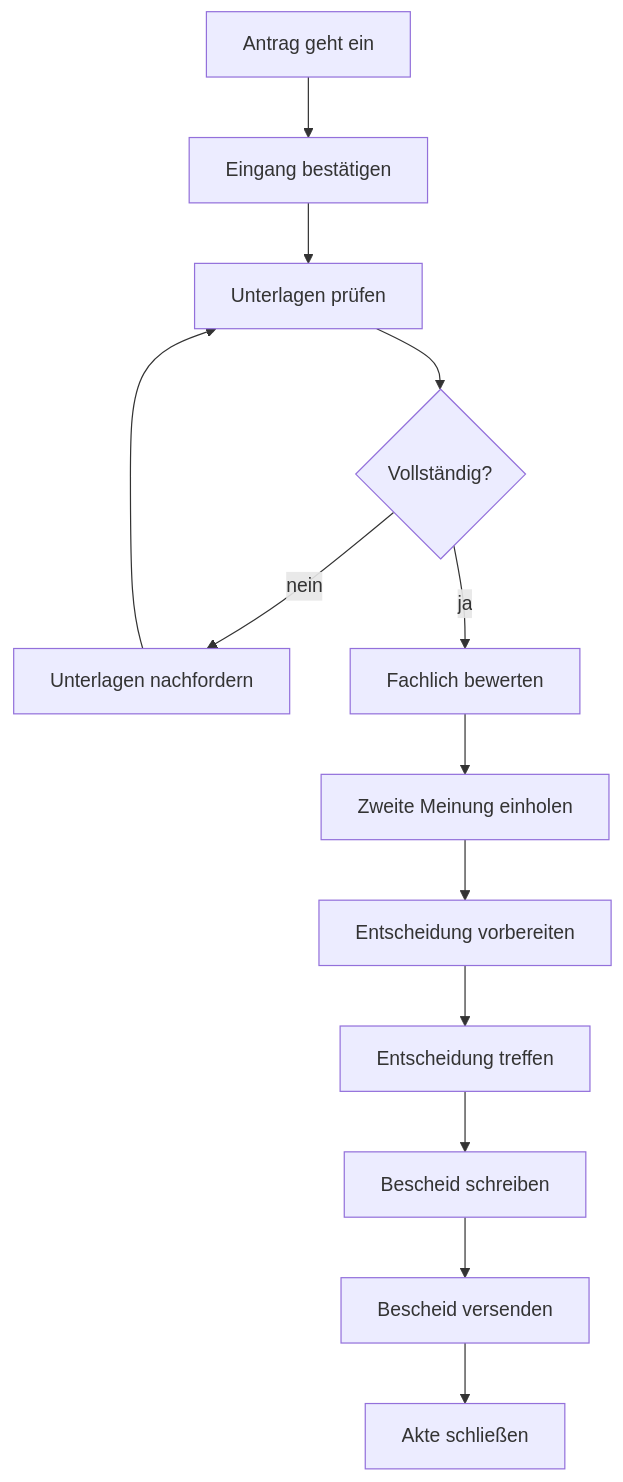
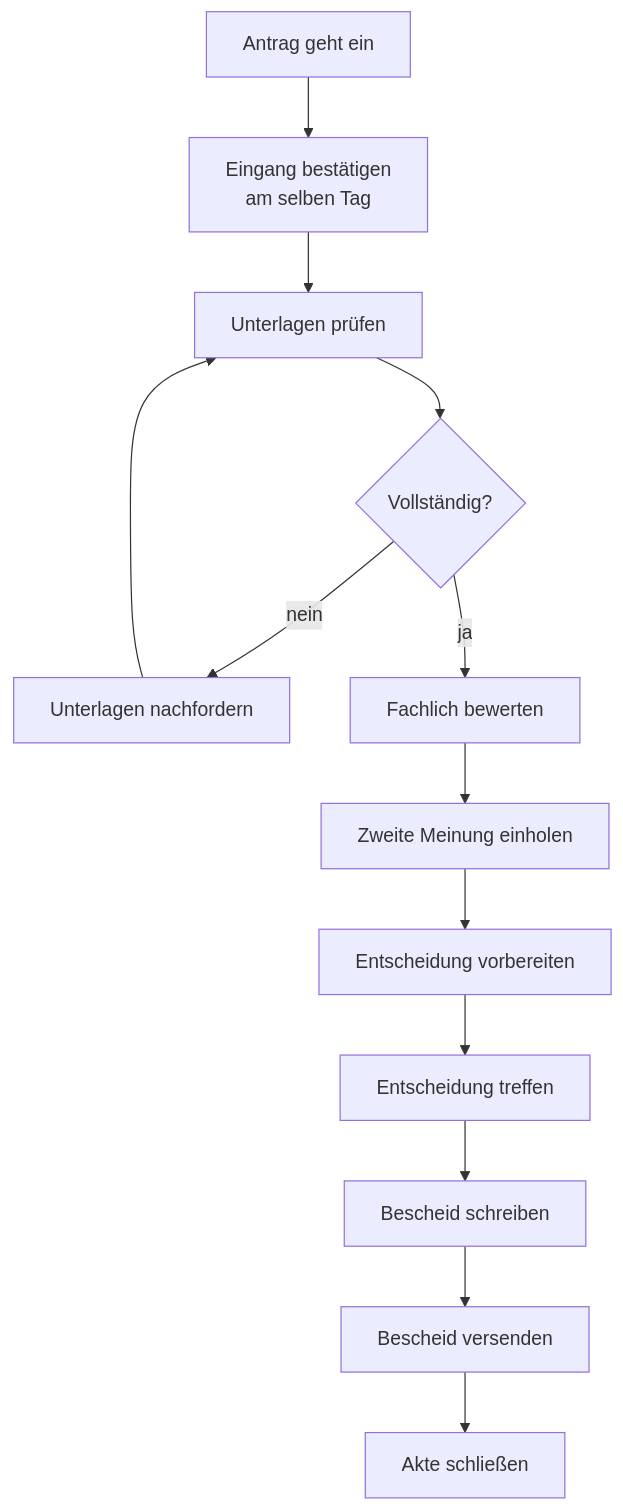
Before and after one commit to bschoetz/dokufix: the third of 5 diagrams in src/demo.md, drawn with Mermaid. The commit also changed other lines of this file and 6 other files, not shown here.

First line of the commit message:
List every drawn BPMN and Mermaid diagram as one place of the search, from the labels its SVG shows

````diff
--- a/src/demo.md
+++ b/src/demo.md
@@ -488,15 +488,15 @@
 ```mermaid
 flowchart TD
-    A[Antrag geht ein] --> B[Eingang bestätigen]
+    A[Antrag geht ein] --> B[Eingang bestätigen<br>am selben Tag]
     B --> C[Unterlagen prüfen]
     C --> D{Vollständig?}
     D -- nein --> E[Unterlagen nachfordern]
     E --> C
     D -- ja --> F[Fachlich bewerten]
     F --> G[Zweite Meinung einholen]
     G --> H[Entscheidung vorbereiten]
     H --> I[Entscheidung treffen]
     I --> J[Bescheid schreiben]
     J --> K[Bescheid versenden]
     K --> L[Akte schließen]
 ```
````
